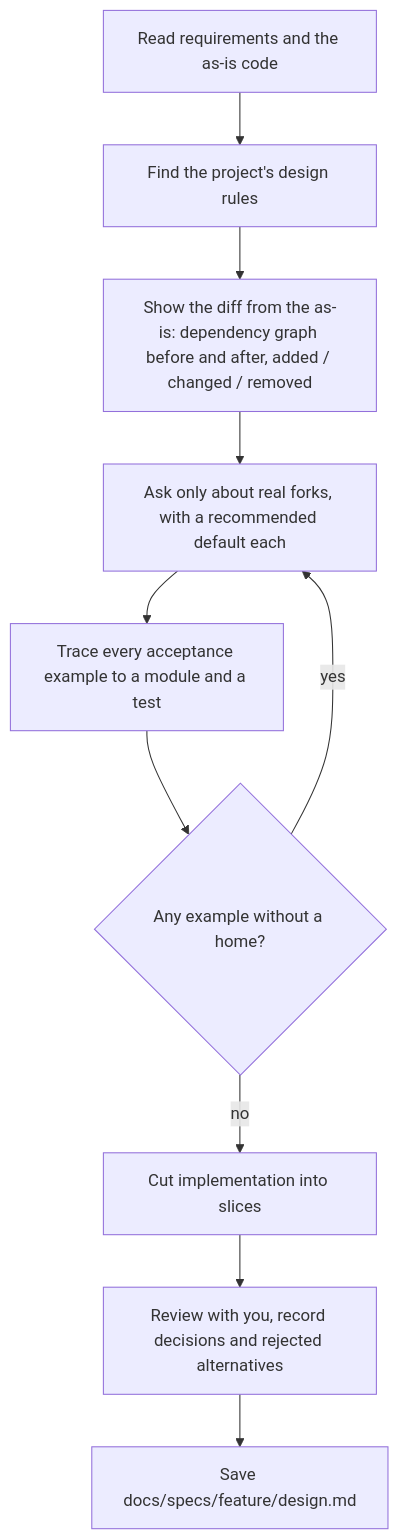
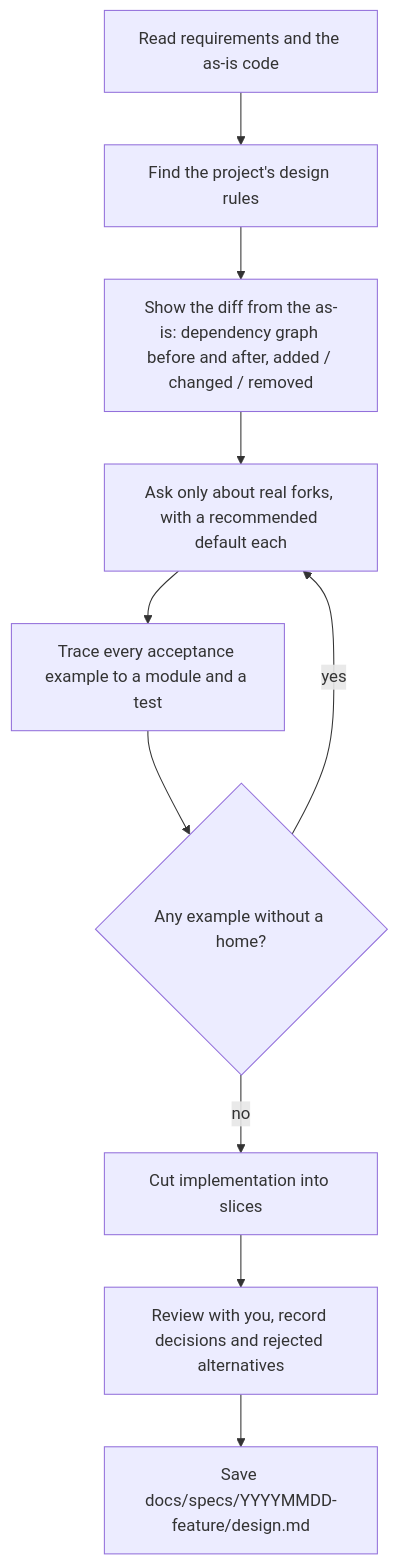
Before and after one commit to syakoo/sdf-skills: the second of 3 diagrams in README.md, drawn with Mermaid. The commit also changed other lines of this file and 2 other files, not shown here.

````diff
--- a/README.md
+++ b/README.md
@@ -50,12 +50,12 @@
 ```mermaid
 flowchart TD
   A["Read requirements and the as-is code"] --> B["Find the project's design rules"]
   B --> C["Show the diff from the as-is: dependency graph before and after, added / changed / removed"]
   C --> D["Ask only about real forks, with a recommended default each"]
   D --> E["Trace every acceptance example to a module and a test"]
   E --> F{"Any example without a home?"}
   F -- yes --> D
   F -- no --> G["Cut implementation into slices"]
   G --> H["Review with you, record decisions and rejected alternatives"]
-  H --> I["Save docs/specs/feature/design.md"]
+  H --> I["Save docs/specs/YYYYMMDD-feature/design.md"]
 ```
````
